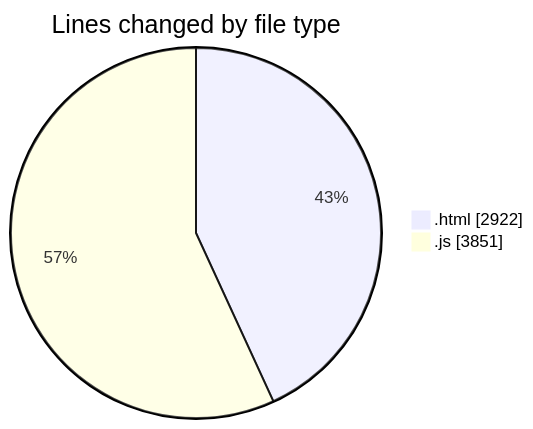
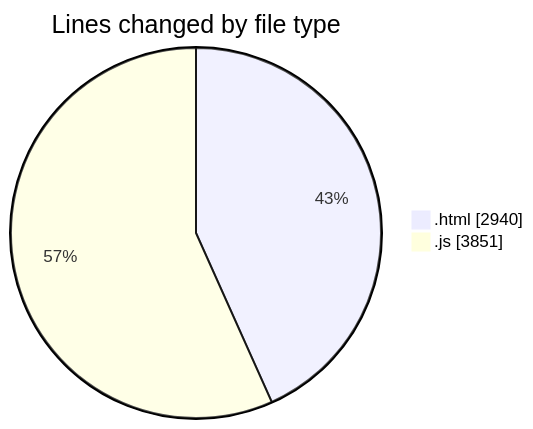
One commit to becaeroporto-bot/code-tracking changed the first of 2 diagrams in 2026-02-19/bot_v1_2/README.md. Above: the diagram before and after it, drawn with Mermaid. The commit also changed other lines of this file and 1 other file, not shown here.

````diff
--- a/2026-02-19/bot_v1_2/README.md
+++ b/2026-02-19/bot_v1_2/README.md
@@ -28,6 +28,6 @@
 ```mermaid
 pie showData
 title Lines changed by file type
-".html" : 2922
+".html" : 2940
 ".js" : 3851
 ```
````
